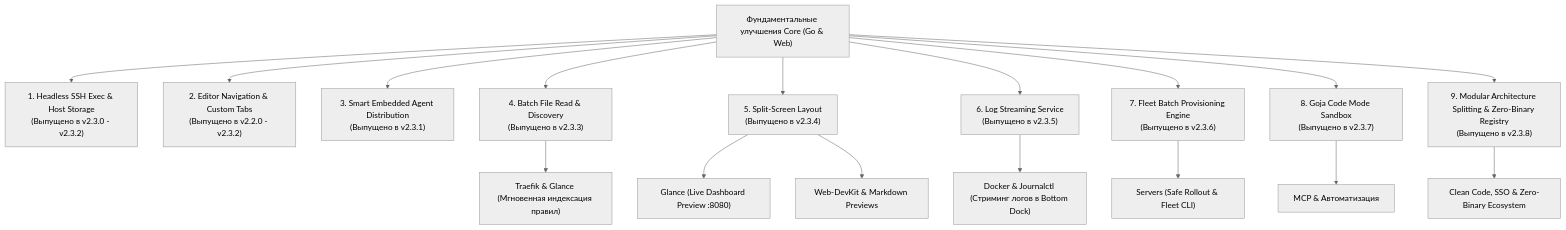
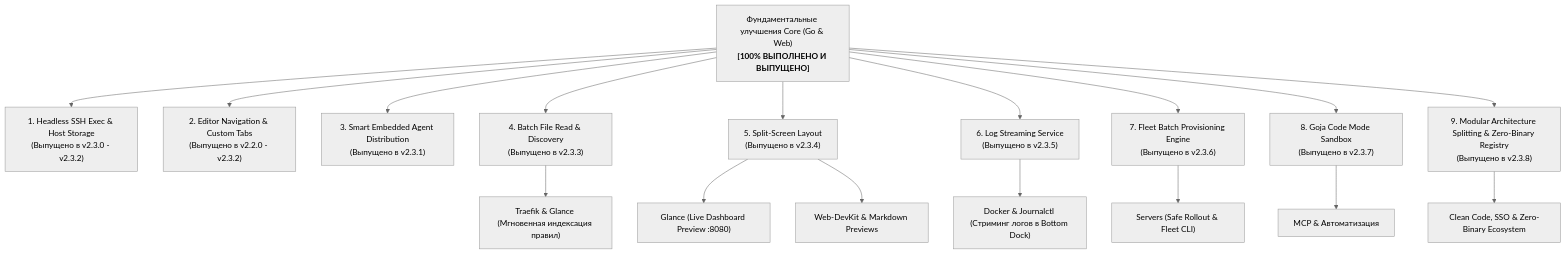
One commit to config-studio/config-studio changed the diagram in ROADMAP.md. Above: the diagram before and after it, drawn with Mermaid (neutral theme). The commit also changed other lines of this file, not shown here.

Commit message:
docs(roadmap): mark Core Evolution Roadmap as 100% completed and released

````diff
--- a/ROADMAP.md
+++ b/ROADMAP.md
@@ -39,32 +40,32 @@
 ```mermaid
 graph TD
-    Core["Фундаментальные улучшения Core (Go & Web)"]
+    Core["Фундаментальные улучшения Core (Go & Web)<br/><b>[100% ВЫПОЛНЕНО И ВЫПУЩЕНО]</b>"]
     
     C1["1. Headless SSH Exec & Host Storage<br/>(Выпущено в v2.3.0 - v2.3.2)"]
     C2["2. Editor Navigation & Custom Tabs<br/>(Выпущено в v2.2.0 - v2.3.2)"]
     C3["3. Smart Embedded Agent Distribution<br/>(Выпущено в v2.3.1)"]
     C4["4. Batch File Read & Discovery<br/>(Выпущено в v2.3.3)"]
     C5["5. Split-Screen Layout<br/>(Выпущено в v2.3.4)"]
     C6["6. Log Streaming Service<br/>(Выпущено в v2.3.5)"]
     C7["7. Fleet Batch Provisioning Engine<br/>(Выпущено в v2.3.6)"]
     C8["8. Goja Code Mode Sandbox<br/>(Выпущено в v2.3.7)"]
     C9["9. Modular Architecture Splitting & Zero-Binary Registry<br/>(Выпущено в v2.3.8)"]
     
     Core --> C1
     Core --> C2
     Core --> C3
     Core --> C4
     Core --> C5
     Core --> C6
     Core --> C7
     Core --> C8
     Core --> C9
     
     C4 --> P1["Traefik & Glance (Мгновенная индексация правил)"]
     C5 --> P2["Glance (Live Dashboard Preview :8080)"]
     C5 --> P3["Web-DevKit & Markdown Previews"]
     C6 --> P4["Docker & Journalctl (Стриминг логов в Bottom Dock)"]
     C7 --> P5["Servers (Safe Rollout & Fleet CLI)"]
     C8 --> P6["MCP & Автоматизация"]
     C9 --> P7["Clean Code, SSO & Zero-Binary Ecosystem"]
 ```
````
